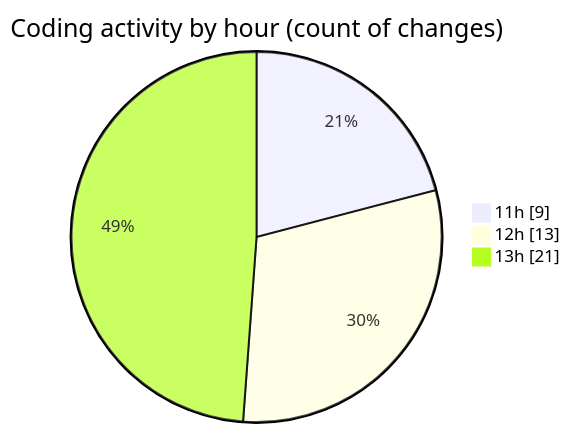
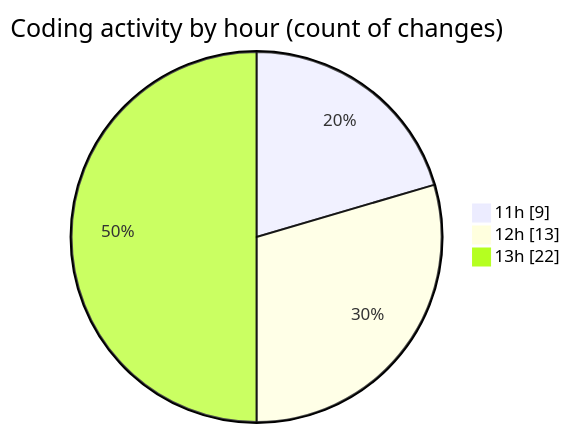
Before and after one commit to momahboobian/code-tracking: the second of 2 diagrams in 2025-02-05/cda/README.md, drawn with Mermaid. The commit also changed other lines of this file and 1 other file, not shown here.

````diff
--- a/2025-02-05/cda/README.md
+++ b/2025-02-05/cda/README.md
@@ -38,7 +39,7 @@
 ```mermaid
 pie showData
 title Coding activity by hour (count of changes)
 "11h" : 9
 "12h" : 13
-"13h" : 21
+"13h" : 22
 ```
````
